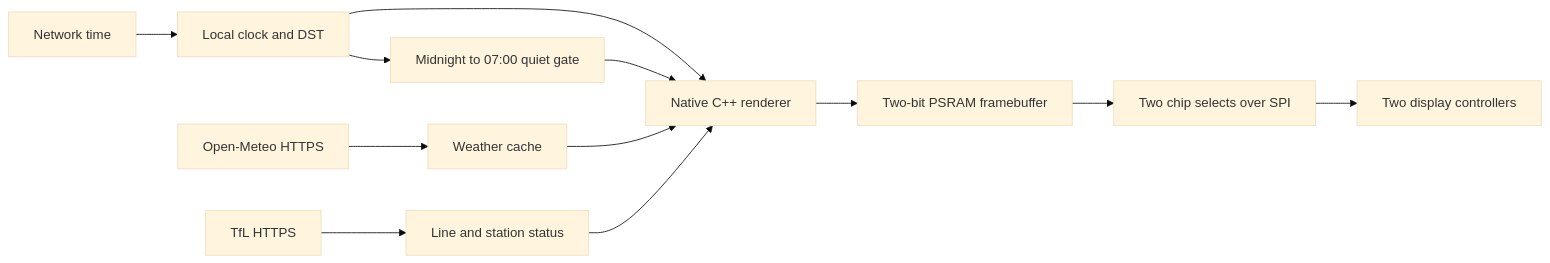
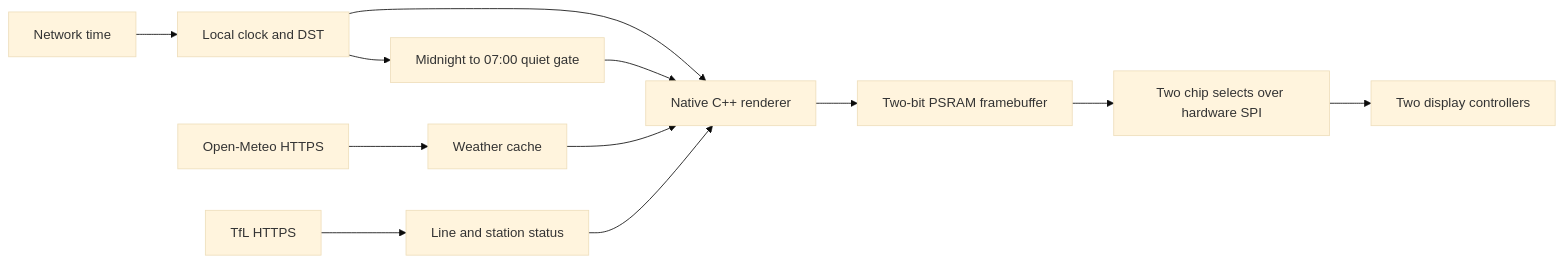
The diagram in README.md (alex-kharlamov/esp32-s3-epaper-dashboard), drawn with Mermaid (base theme) before and after one commit. The commit also changed other lines of this file and 47 other files, not shown here.

````diff
--- a/README.md
+++ b/README.md
@@ -84,14 +89,14 @@
 ```mermaid
 flowchart LR
     NTP[Network time] --> Clock[Local clock and DST]
     API[Open-Meteo HTTPS] --> Cache[Weather cache]
     TfL[TfL HTTPS] --> Transport[Line and station status]
     Clock --> Renderer[Native C++ renderer]
     Cache --> Renderer
     Transport --> Renderer
     Clock --> Quiet[Midnight to 07:00 quiet gate]
     Quiet --> Renderer
     Renderer --> Frame[Two-bit PSRAM framebuffer]
-    Frame --> SPI[Two chip selects over SPI]
+    Frame --> SPI[Two chip selects over hardware SPI]
     SPI --> Panel[Two display controllers]
 ```
````
